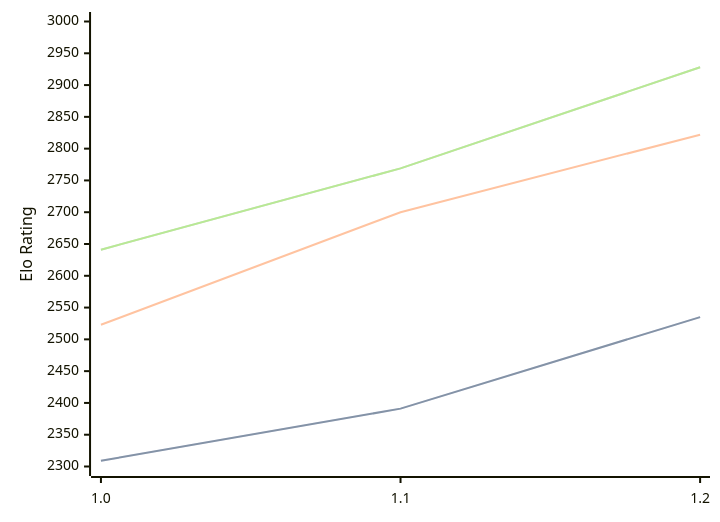
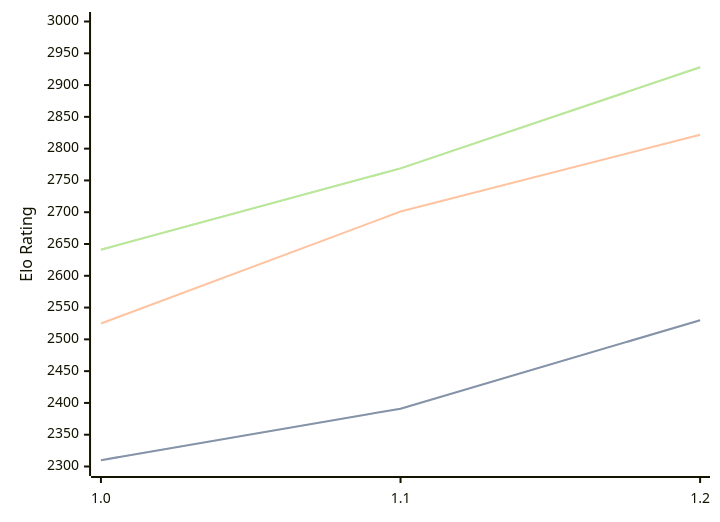
Before and after one commit to computer-chess-index/cci: the first of 3 diagrams in engines/FoxChess.md, drawn with Mermaid. The commit also changed other lines of this file, not shown here.

````diff
--- a/engines/FoxChess.md
+++ b/engines/FoxChess.md
@@ -33,11 +33,11 @@
 ```mermaid
 %%{init: {"theme":"base","themeVariables":{"seriesColors:['#a3a3a3','#222221','#faa371']}}}%%
 xychart-beta
   x-axis ["1.0", "1.1", "1.2"]
   y-axis "Elo Rating" 2300 --> 3000
-  line "STC (8.0+0.08s)" [2309, 2391, 2535]
-  line "STC (8.0+0.08s)" [2309, 2391, 2535]
-  line "LTC (60.0+0.60s)" [2523, 2700, 2822]
+  line "STC (8.0+0.08s)" [2310, 2391, 2530]
+  line "STC (8.0+0.08s)" [2310, 2391, 2530]
+  line "LTC (60.0+0.60s)" [2525, 2701, 2822]
   line "VLTC (2m24s+1.12s)" [2641, 2769, 2928]
   line "VLTC (2m24s+1.12s)" [2641, 2769, 2928]
 ```
````
